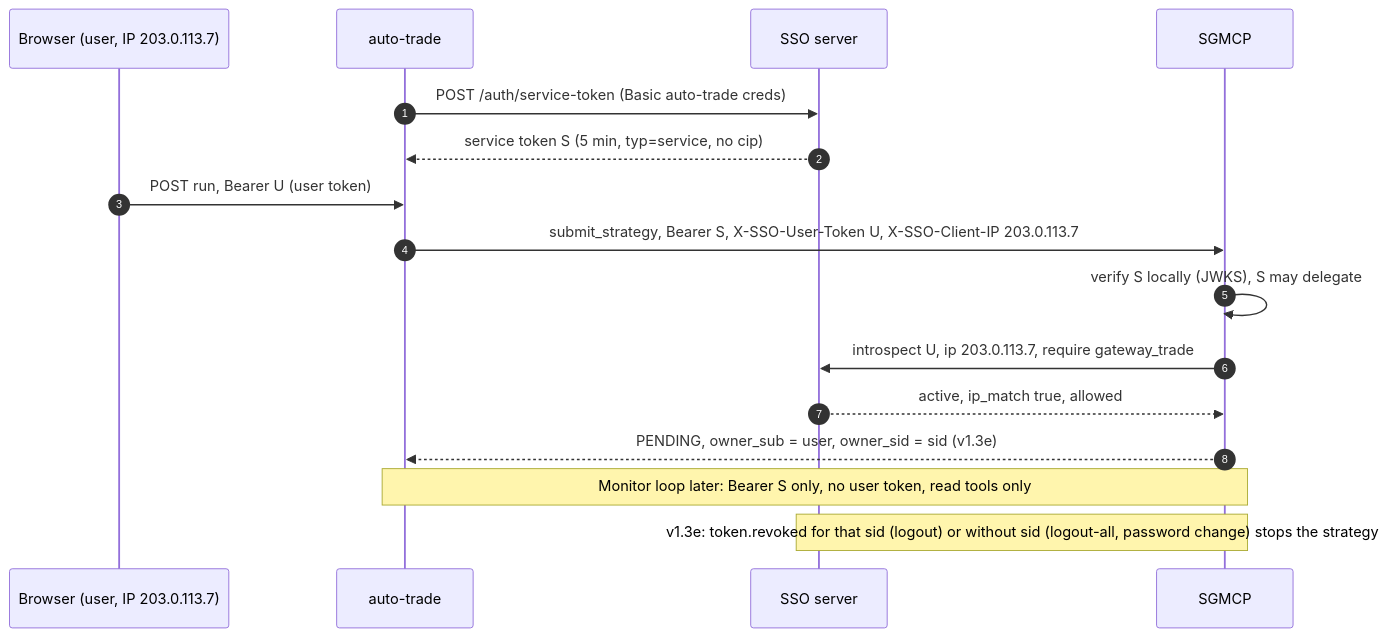
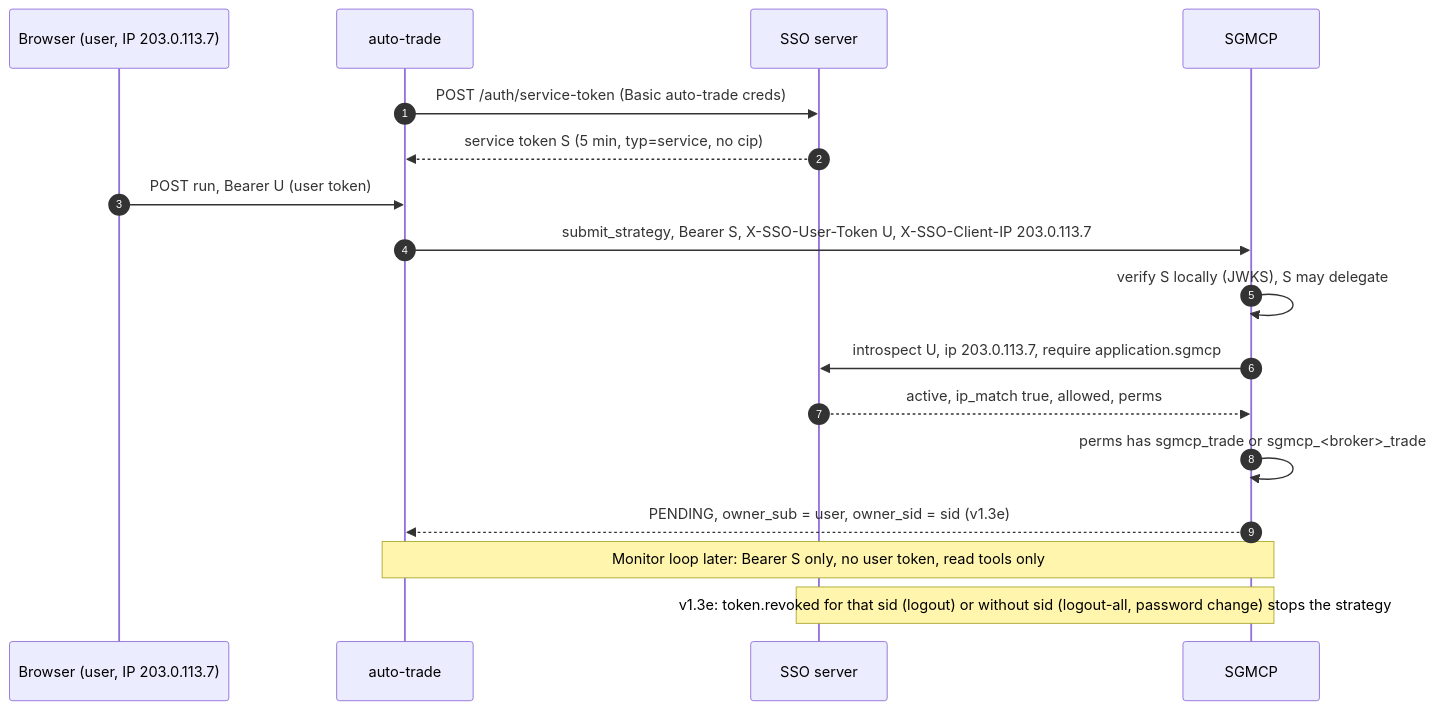
The fifth of 18 diagrams in docs/ECOSYSTEM-INTEGRATION.md (Neural-Matrix-LLC/SSO-server), drawn with Mermaid before and after one commit. The commit also changed other lines of this file and 9 other files, not shown here.

````diff
--- a/docs/ECOSYSTEM-INTEGRATION.md
+++ b/docs/ECOSYSTEM-INTEGRATION.md
@@ -316,18 +328,19 @@
 ```mermaid
 sequenceDiagram
   autonumber
   participant B as Browser (user, IP 203.0.113.7)
   participant AT as auto-trade
   participant SSO as SSO server
   participant GW as SGMCP
   AT->>SSO: POST /auth/service-token (Basic auto-trade creds)
   SSO-->>AT: service token S (5 min, typ=service, no cip)
   B->>AT: POST run, Bearer U (user token)
   AT->>GW: submit_strategy, Bearer S, X-SSO-User-Token U, X-SSO-Client-IP 203.0.113.7
   GW->>GW: verify S locally (JWKS), S may delegate
-  GW->>SSO: introspect U, ip 203.0.113.7, require gateway_trade
-  SSO-->>GW: active, ip_match true, allowed
+  GW->>SSO: introspect U, ip 203.0.113.7, require application.sgmcp
+  SSO-->>GW: active, ip_match true, allowed, perms
+  GW->>GW: perms has sgmcp_trade or sgmcp_<broker>_trade
   GW-->>AT: PENDING, owner_sub = user, owner_sid = sid (v1.3e)
   Note over AT,GW: Monitor loop later: Bearer S only, no user token, read tools only
   Note over GW,SSO: v1.3e: token.revoked for that sid (logout) or without sid (logout-all, password change) stops the strategy
 ```
````
